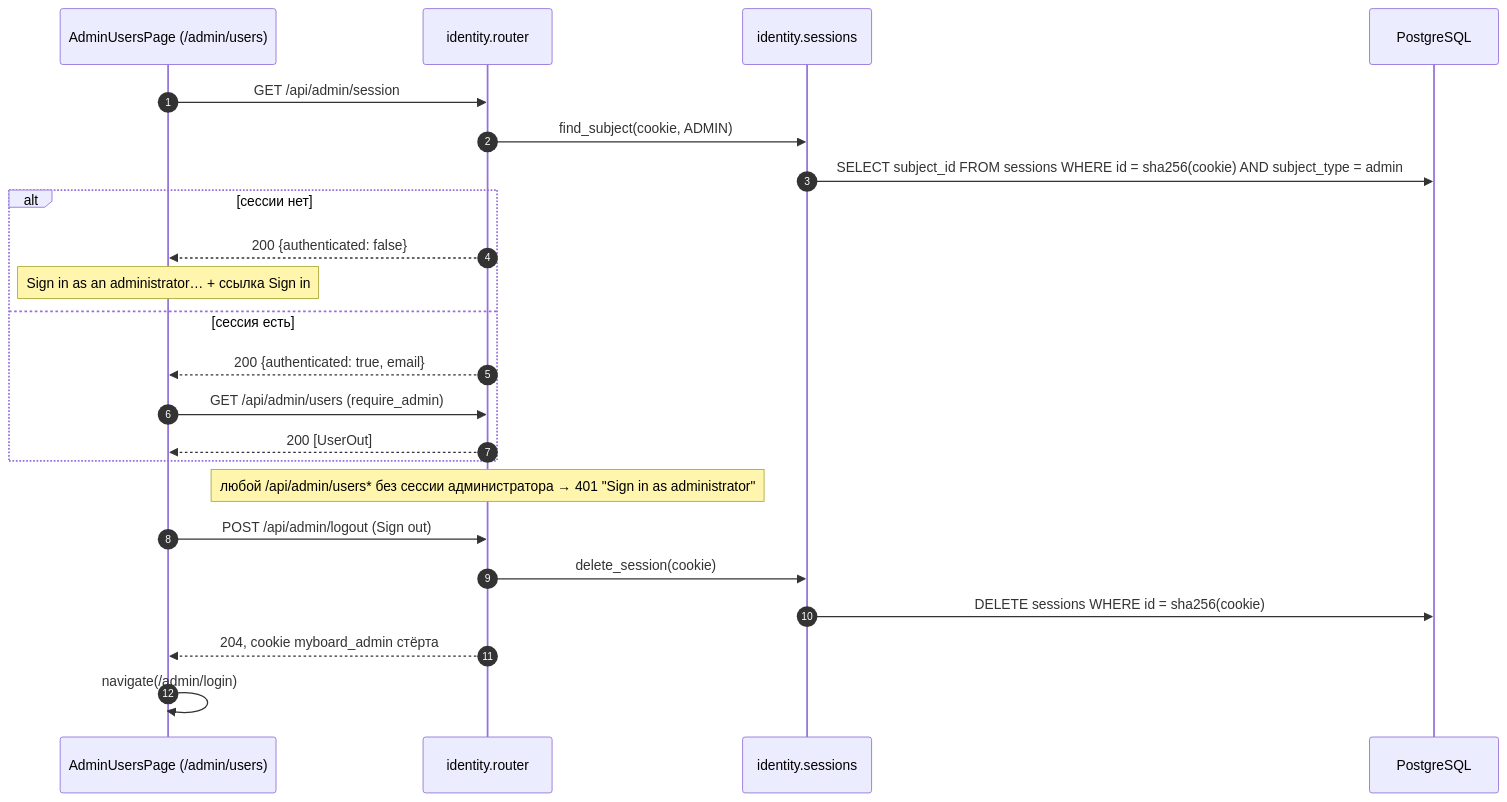
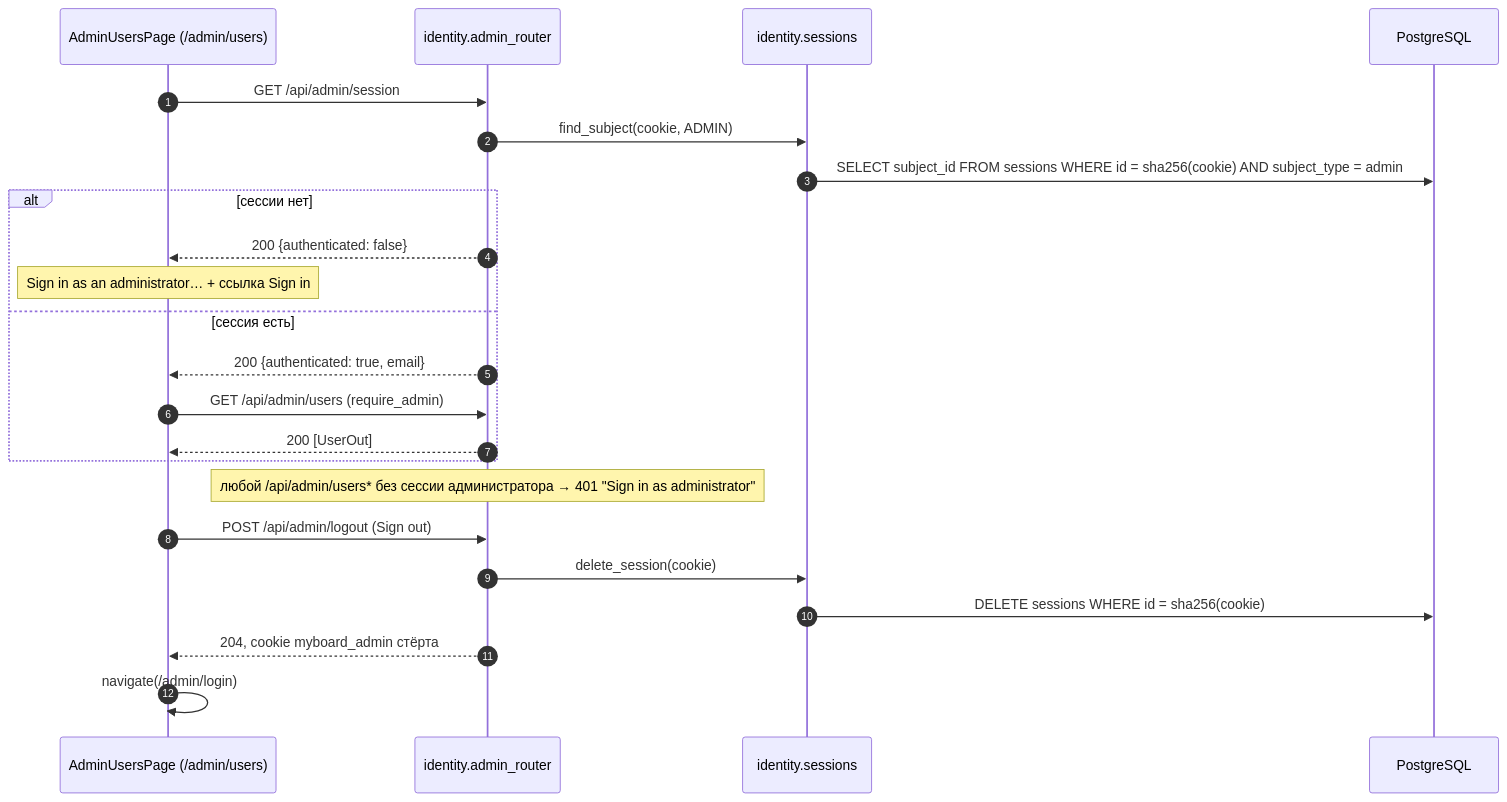
The second of 4 diagrams in uml/sequences/login.md (shumakove/myboard), drawn with Mermaid before and after one commit. The commit also changed other lines of this file and 5 other files, not shown here.

First line of the commit message:
T1.2: Обновить UML по входу пользователя досок

````diff
--- a/uml/sequences/login.md
+++ b/uml/sequences/login.md
@@ -50,26 +50,26 @@
 ```mermaid
 sequenceDiagram
   autonumber
   participant U as AdminUsersPage (/admin/users)
-  participant R as identity.router
+  participant R as identity.admin_router
   participant SS as identity.sessions
   participant DB as PostgreSQL
 
   U->>R: GET /api/admin/session
   R->>SS: find_subject(cookie, ADMIN)
   SS->>DB: SELECT subject_id FROM sessions WHERE id = sha256(cookie) AND subject_type = admin
   alt сессии нет
     R-->>U: 200 {authenticated: false}
     Note over U: Sign in as an administrator… + ссылка Sign in
   else сессия есть
     R-->>U: 200 {authenticated: true, email}
     U->>R: GET /api/admin/users (require_admin)
     R-->>U: 200 [UserOut]
   end
   Note over R: любой /api/admin/users* без сессии администратора → 401 "Sign in as administrator"
   U->>R: POST /api/admin/logout (Sign out)
   R->>SS: delete_session(cookie)
   SS->>DB: DELETE sessions WHERE id = sha256(cookie)
   R-->>U: 204, cookie myboard_admin стёрта
   U->>U: navigate(/admin/login)
 ```
````
